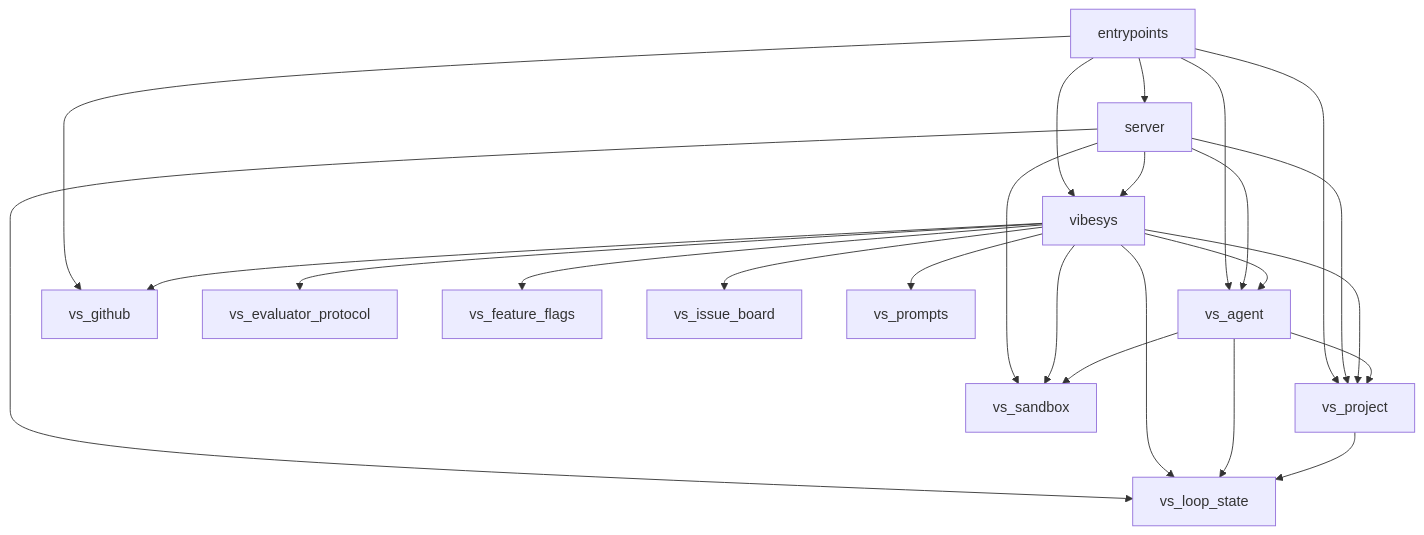
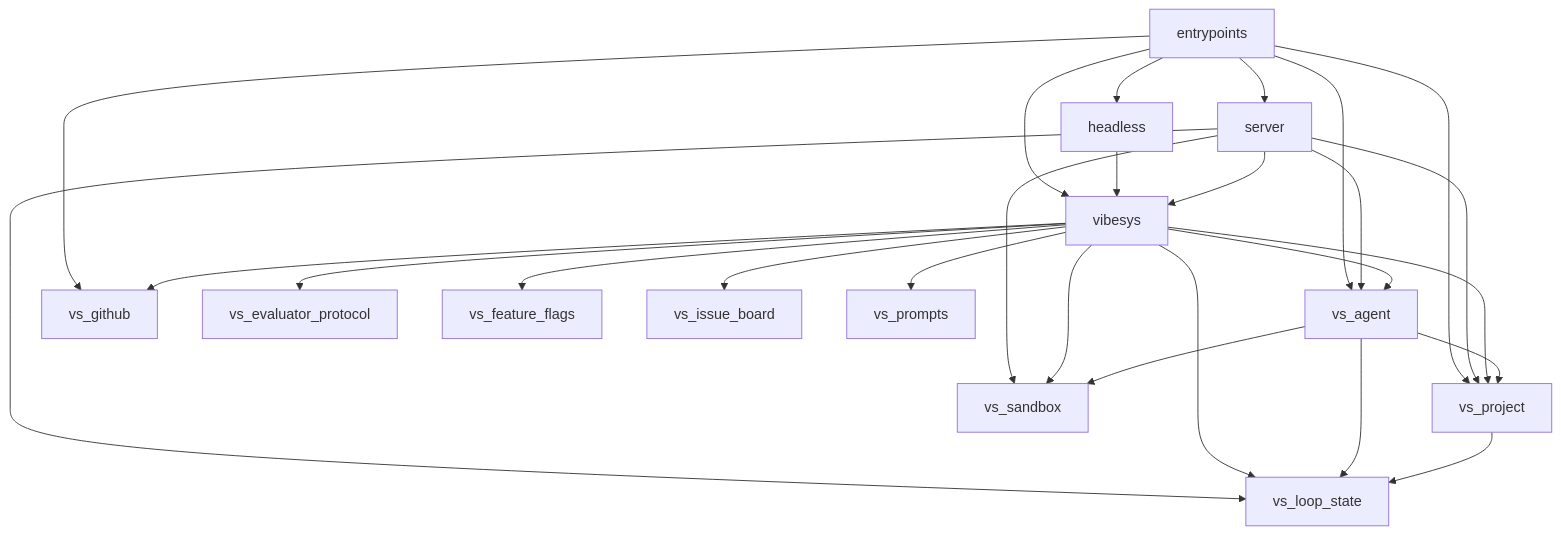
The first of 3 diagrams in docs/contributing/architecture.md (AyanBinRafaih/vibe-serve), drawn with Mermaid before and after one commit. The commit also changed other lines of this file and 32 other files, not shown here.

````diff
--- a/docs/contributing/architecture.md
+++ b/docs/contributing/architecture.md
@@ -23,26 +23,28 @@
 ```mermaid
 graph TD
+    entrypoints --> headless
     entrypoints --> server
     entrypoints --> vibesys
     entrypoints --> vs_agent
     entrypoints --> vs_github
     entrypoints --> vs_project
+    headless --> vibesys
     server --> vibesys
     server --> vs_agent
     server --> vs_loop_state
     server --> vs_project
     server --> vs_sandbox
     vibesys --> vs_agent
     vibesys --> vs_evaluator_protocol
     vibesys --> vs_feature_flags
     vibesys --> vs_github
     vibesys --> vs_issue_board
     vibesys --> vs_loop_state
     vibesys --> vs_project
     vibesys --> vs_prompts
     vibesys --> vs_sandbox
     vs_agent --> vs_loop_state
     vs_agent --> vs_project
     vs_agent --> vs_sandbox
     vs_project --> vs_loop_state
 ```
````
